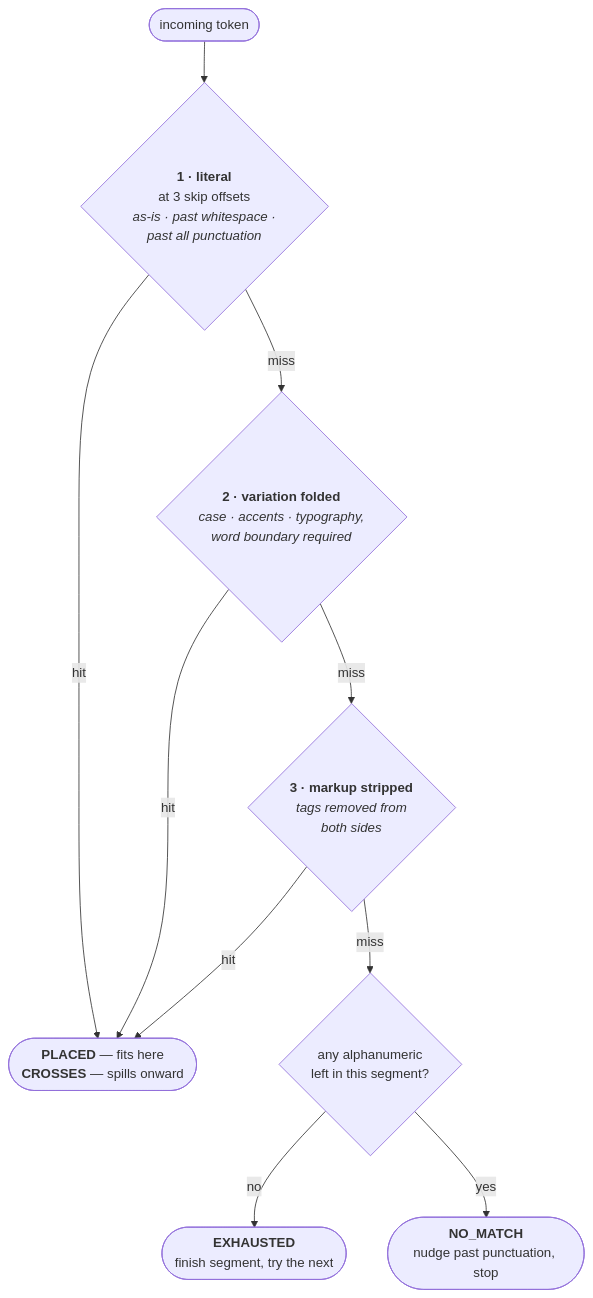
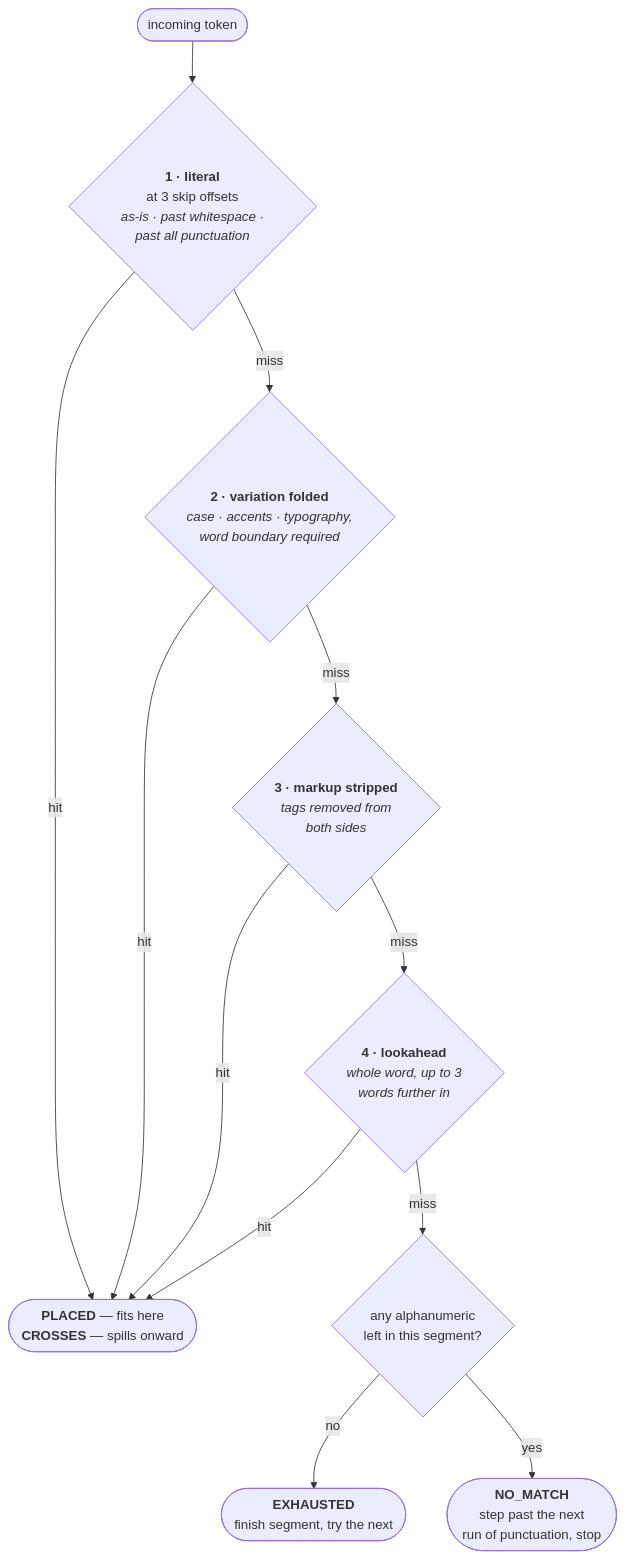
Before and after one commit to pipecat-ai/pipecat: the diagram in docs/architecture/word-trecking/text-segment-map.md, drawn with Mermaid. The commit also changed other lines of this file, not shown here.

First line of the commit message:
Document lookahead and symbol matching in the TextSegmentMap guide

````diff
--- a/docs/architecture/word-trecking/text-segment-map.md
+++ b/docs/architecture/word-trecking/text-segment-map.md
@@ -305,21 +306,25 @@
 ```mermaid
 flowchart TD
     W(["incoming token"]) --> S1
 
     S1{"<b>1 · literal</b><br/>at 3 skip offsets<br/><i>as-is · past whitespace ·<br/>past all punctuation</i>"}
     S1 -->|hit| R
     S1 -->|miss| S2
 
     S2{"<b>2 · variation folded</b><br/><i>case · accents · typography,<br/>word boundary required</i>"}
     S2 -->|hit| R
     S2 -->|miss| S3
 
     S3{"<b>3 · markup stripped</b><br/><i>tags removed from<br/>both sides</i>"}
     S3 -->|hit| R
-    S3 -->|miss| ST
+    S3 -->|miss| S4
+
+    S4{"<b>4 · lookahead</b><br/><i>whole word, up to 3<br/>words further in</i>"}
+    S4 -->|hit| R
+    S4 -->|miss| ST
 
     R(["<b>PLACED</b> — fits here<br/><b>CROSSES</b> — spills onward"])
     ST{"any alphanumeric<br/>left in this segment?"}
     ST -->|no| EX(["<b>EXHAUSTED</b><br/>finish segment, try the next"])
-    ST -->|yes| NM(["<b>NO_MATCH</b><br/>nudge past punctuation, stop"])
+    ST -->|yes| NM(["<b>NO_MATCH</b><br/>step past the next<br/>run of punctuation, stop"])
 ```
````
